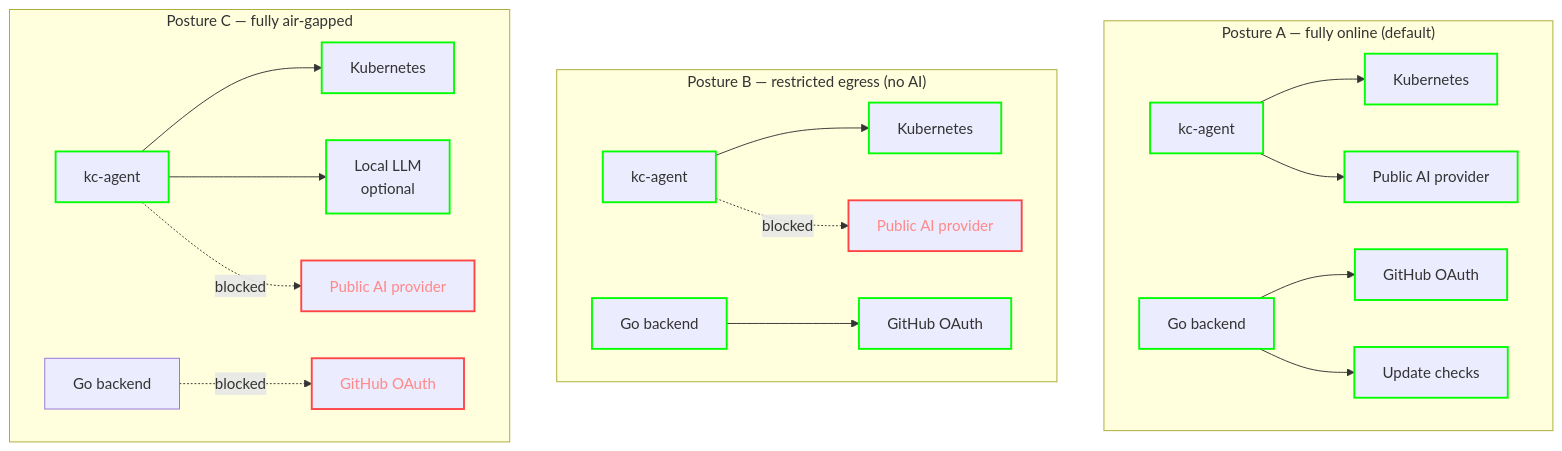
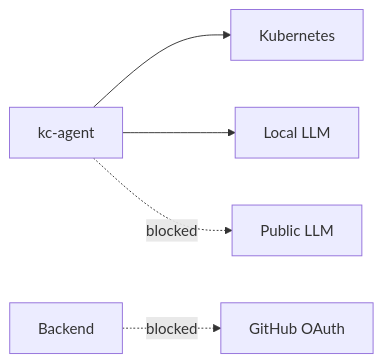
One commit to KPRoche/console changed the fifth of 6 diagrams in docs/security/SECURITY-MODEL.md. Above: the diagram before and after it, drawn with Mermaid. The commit also changed other lines of this file, not shown here.

Commit message:
📝 docs(security): simplify mermaid diagrams to fix github render truncation

````diff
--- a/docs/security/SECURITY-MODEL.md
+++ b/docs/security/SECURITY-MODEL.md
@@ -190,30 +173,7 @@
 ```mermaid
-flowchart TB
-    subgraph A["Posture A — fully online (default)"]
-        direction LR
-        A_KA[kc-agent] --> A_K8S[Kubernetes]
-        A_KA --> A_AI[Public AI provider]
-        A_GB[Go backend] --> A_GH[GitHub OAuth]
-        A_GB --> A_UP[Update checks]
-    end
-
-    subgraph B["Posture B — restricted egress (no AI)"]
-        direction LR
-        B_KA[kc-agent] --> B_K8S[Kubernetes]
-        B_KA -.blocked.-> B_AI[Public AI provider]
-        B_GB[Go backend] --> B_GH[GitHub OAuth]
-    end
-
-    subgraph C["Posture C — fully air-gapped"]
-        direction LR
-        C_KA[kc-agent] --> C_K8S[Kubernetes]
-        C_KA --> C_LLM[Local LLM<br/>optional]
-        C_KA -.blocked.-> C_AI[Public AI provider]
-        C_GB[Go backend] -.blocked.-> C_GH[GitHub OAuth]
-    end
-
-    classDef allowed stroke:#0f0,stroke-width:2px
-    classDef blocked stroke:#f44,stroke-width:2px,color:#f88
-    class A_KA,A_K8S,A_AI,A_GB,A_GH,A_UP,B_KA,B_K8S,B_GB,B_GH,C_KA,C_K8S,C_LLM allowed
-    class B_AI,C_AI,C_GH blocked
+flowchart LR
+    C_KA[kc-agent] --> C_K8S[Kubernetes]
+    C_KA --> C_LLM[Local LLM]
+    C_KA -.blocked.-> C_AI[Public LLM]
+    C_GB[Backend] -.blocked.-> C_GH[GitHub OAuth]
 ```
````
